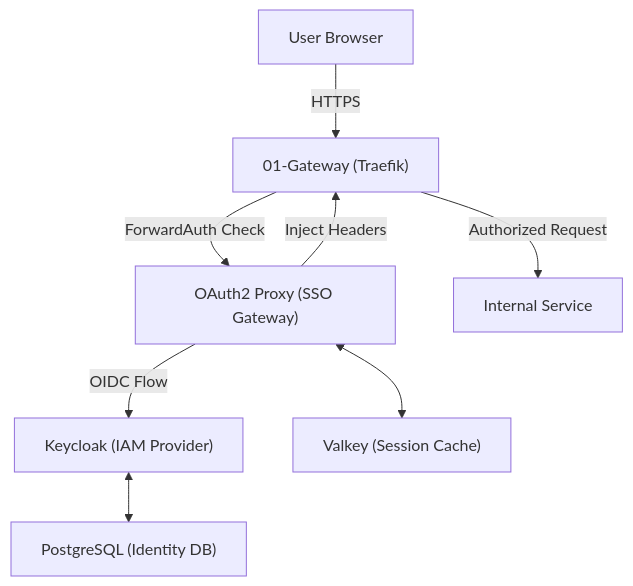
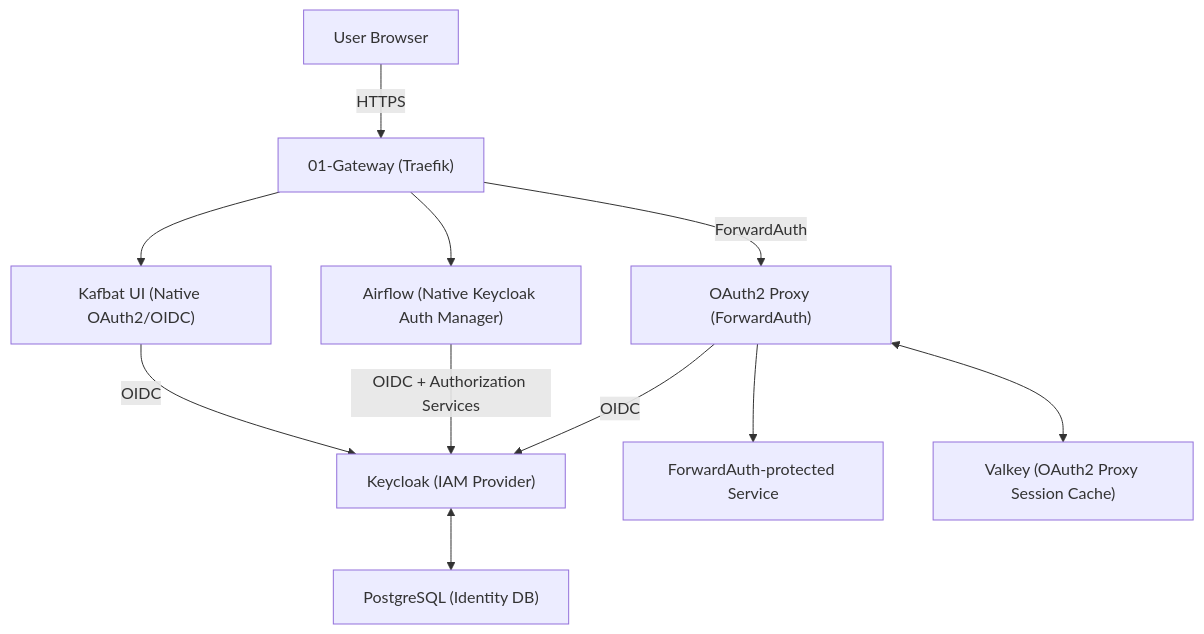
One commit to buenhyden/hy-home.docker changed the diagram in docs/02.architecture/descriptions/0002-auth-architecture.md. Above: the diagram before and after it, drawn with Mermaid. The commit also changed other lines of this file and 13 other files, not shown here.

First line of the commit message:
docs(auth): Align native OIDC architecture specs and operational guides

````diff
--- a/docs/02.architecture/descriptions/0002-auth-architecture.md
+++ b/docs/02.architecture/descriptions/0002-auth-architecture.md
@@ -52,17 +50,27 @@
 ```mermaid
 graph TD
     Client["User Browser"]
     Gateway["01-Gateway (Traefik)"]
-    OAuth2Proxy["OAuth2 Proxy (SSO Gateway)"]
+    OAuth2Proxy["OAuth2 Proxy (ForwardAuth)"]
     Keycloak["Keycloak (IAM Provider)"]
+    ForwardApp["ForwardAuth-protected Service"]
+    Airflow["Airflow (Native Keycloak Auth Manager)"]
+    Kafbat["Kafbat UI (Native OAuth2/OIDC)"]
     PostgreSQL["PostgreSQL (Identity DB)"]
-    Valkey["Valkey (Session Cache)"]
+    Valkey["Valkey (OAuth2 Proxy Session Cache)"]
 
     Client -->|HTTPS| Gateway
-    Gateway -->|ForwardAuth Check| OAuth2Proxy
-    OAuth2Proxy -->|OIDC Flow| Keycloak
+
+    Gateway -->|ForwardAuth| OAuth2Proxy
+    OAuth2Proxy -->|OIDC| Keycloak
+    OAuth2Proxy --> ForwardApp
+    OAuth2Proxy <--> Valkey
+
+    Gateway --> Airflow
+    Airflow -->|OIDC + Authorization Services| Keycloak
+
+    Gateway --> Kafbat
+    Kafbat -->|OIDC| Keycloak
+
     Keycloak <--> PostgreSQL
-    OAuth2Proxy <--> Valkey
-    OAuth2Proxy -->|Inject Headers| Gateway
-    Gateway -->|Authorized Request| InternalService["Internal Service"]
 ```
````
